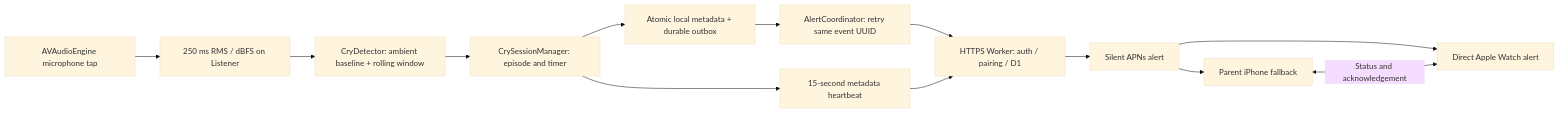
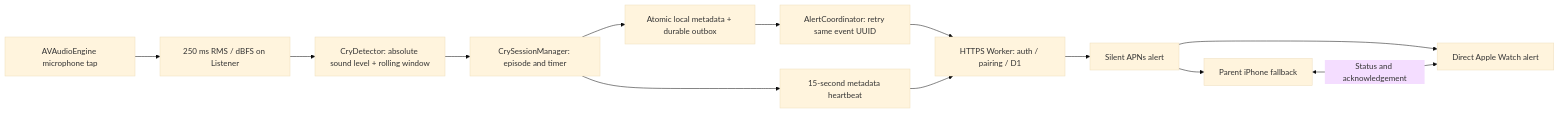
One commit to jerenrich/crib-service changed the diagram in README.md. Above: the diagram before and after it, drawn with Mermaid (base theme). The commit also changed other lines of this file and 19 other files, not shown here.

````diff
--- a/README.md
+++ b/README.md
@@ -13,15 +13,15 @@
 ```mermaid
 flowchart LR
     Mic[AVAudioEngine microphone tap] --> RMS[250 ms RMS / dBFS on Listener]
-    RMS --> Detector[CryDetector: ambient baseline + rolling window]
+    RMS --> Detector[CryDetector: absolute sound level + rolling window]
     Detector --> Session[CrySessionManager: episode and timer]
     Session --> Store[Atomic local metadata + durable outbox]
     Store --> Coordinator[AlertCoordinator: retry same event UUID]
     Coordinator --> Worker[HTTPS Worker: auth / pairing / D1]
     Worker --> APNs[Silent APNs alert]
     APNs --> Parent[Parent iPhone fallback]
     APNs --> Watch[Direct Apple Watch alert]
     Parent <-->|Status and acknowledgement| Watch
     Session --> Heartbeat[15-second metadata heartbeat]
     Heartbeat --> Worker
 ```
````
